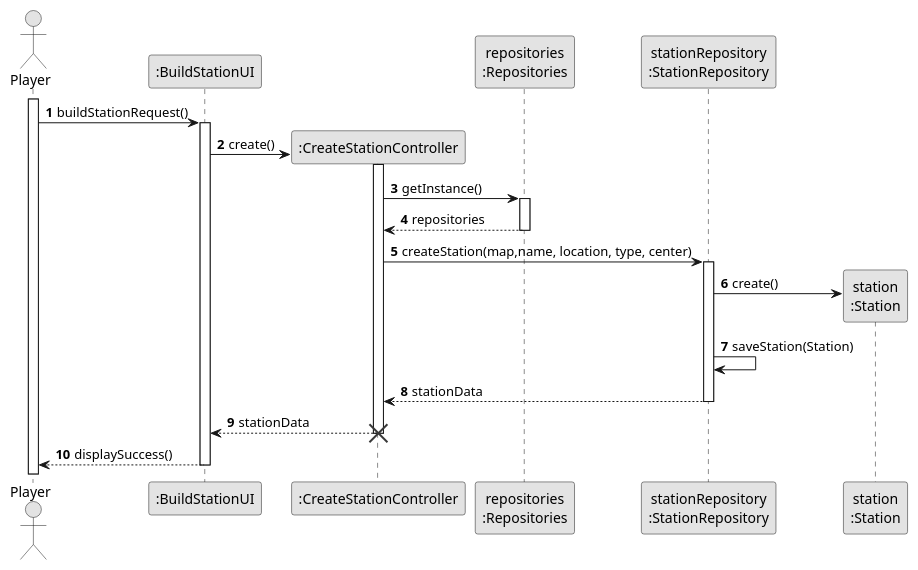
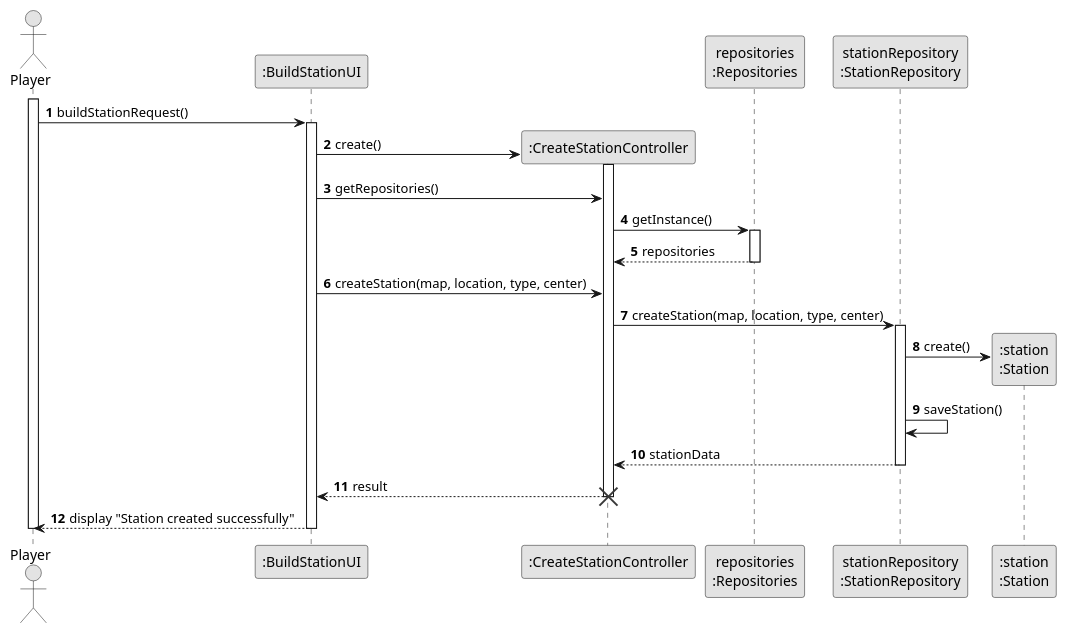
The diagram in docs/system-documentation/US005/03.design/puml/US005-SD-createAndSuccess.puml (goncalolopesp/sem2-pi-24.25-g093-repo), drawn with PlantUML before and after one commit. The commit also changed 9 other files, not shown here.

```diff
--- a/docs/system-documentation/US005/03.design/puml/US005-SD-createAndSuccess.puml
+++ b/docs/system-documentation/US005/03.design/puml/US005-SD-createAndSuccess.puml
@@ -1,39 +1,44 @@
 @startuml US005-SD-createAndSuccess
 skinparam monochrome true
 skinparam packageStyle rectangle
 skinparam shadowing false
 
 autonumber
 
 actor "Player" as Player
-participant ":BuildStationUI" as BuildUI
+participant ":BuildStationUI" as BuildStationUI
+participant ":CreateStationController" as CreateStationController
+participant "repositories\n:Repositories" as Repositories
+participant "stationRepository\n:StationRepository" as StationRepository
 
 activate Player
-Player -> BuildUI : buildStationRequest()
-activate BuildUI
-create ":CreateStationController" as BuildController
-BuildUI -> BuildController : create()
-activate BuildController
-participant "repositories\n:Repositories" as Repositories
-participant "stationRepository\n:StationRepository" as StationRepo
+Player -> BuildStationUI : buildStationRequest()
+activate BuildStationUI
+create CreateStationController
+BuildStationUI -> CreateStationController : create()
+activate CreateStationController
 
-BuildController -> Repositories : getInstance()
+BuildStationUI -> CreateStationController : getRepositories()
+CreateStationController -> Repositories : getInstance()
 activate Repositories
-Repositories --> BuildController : repositories
+Repositories --> CreateStationController : repositories
 deactivate Repositories
-BuildController -> StationRepo : createStation(map,name, location, type, center)
-activate StationRepo
 
-create "station\n:Station" as Station
-StationRepo -> Station         : create()
-StationRepo -> StationRepo     : saveStation(Station)
-StationRepo --> BuildController : stationData
-deactivate StationRepo
+BuildStationUI -> CreateStationController : createStation(map, location, type, center)
+CreateStationController -> StationRepository : createStation(map, location, type, center)
+activate StationRepository
 
-BuildController --> BuildUI : stationData
-deactivate BuildController
-destroy BuildController
+create ":station\n:Station" as Station
+StationRepository -> Station : create()
+StationRepository -> StationRepository : saveStation()
+StationRepository --> CreateStationController : stationData
+deactivate StationRepository
 
-BuildUI --> Player : displaySuccess()
-deactivate BuildUI
+CreateStationController --> BuildStationUI : result
+deactivate CreateStationController
+destroy CreateStationController
+
+BuildStationUI --> Player : display "Station created successfully"
+deactivate BuildStationUI
+deactivate Player
 @enduml
```
